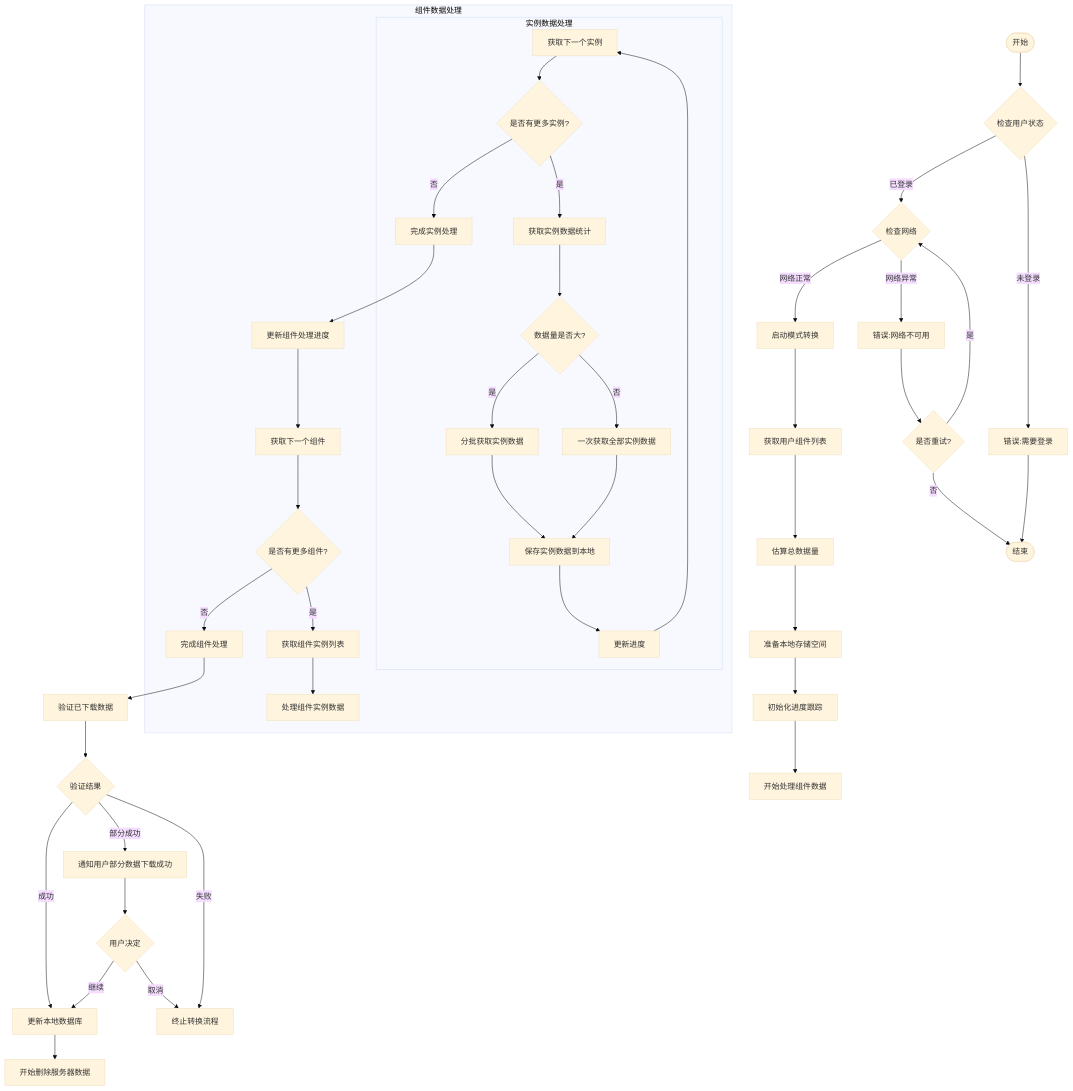
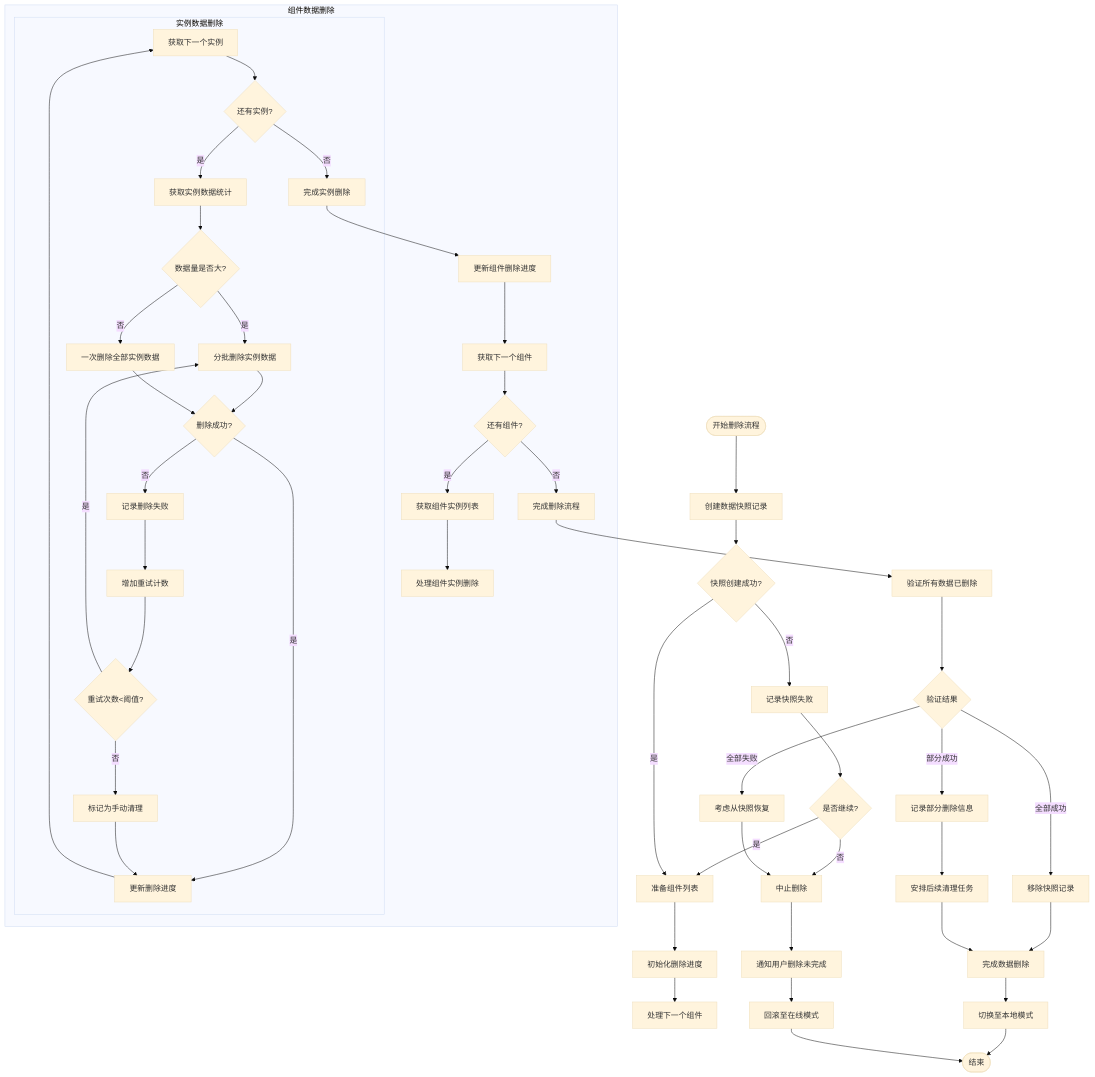
Before and after one commit to yingjianzh/iodraw-files: the diagram in all/未命名-49.md, drawn with Mermaid (base theme).

Commit message:
2025-05-07 17:45:49 update

````diff
--- a/all/未命名-49.md
+++ b/all/未命名-49.md
@@ -1,55 +1,65 @@
 ```mermaid
 flowchart TD
-    Start([开始]) --> CheckStatus{检查用户状态}
-    CheckStatus -->|已登录| CheckNetwork{检查网络}
-    CheckStatus -->|未登录| Error1[错误:需要登录]
-    Error1 --> End([结束])
+    Start([开始删除流程]) --> CreateSnapshot[创建数据快照记录]
+    CreateSnapshot --> CheckSnapshot{快照创建成功?}
     
-    CheckNetwork -->|网络正常| StartTransition[启动模式转换]
-    CheckNetwork -->|网络异常| Error2[错误:网络不可用]
-    Error2 --> RetryCheck{是否重试?}
-    RetryCheck -->|是| CheckNetwork
-    RetryCheck -->|否| End
+    CheckSnapshot -->|否| LogSnapshotFail[记录快照失败]
+    LogSnapshotFail --> AskContinue{是否继续?}
+    AskContinue -->|否| AbortDeletion[中止删除]
+    AskContinue -->|是| PrepareComponentList[准备组件列表]
     
-    StartTransition --> GetComponentList[获取用户组件列表]
-    GetComponentList --> EstimateDataSize[估算总数据量]
-    EstimateDataSize --> PrepareLocalStorage[准备本地存储空间]
-    PrepareLocalStorage --> InitializeProgress[初始化进度跟踪]
+    CheckSnapshot -->|是| PrepareComponentList
     
-    InitializeProgress --> ProcessComponents[开始处理组件数据]
+    PrepareComponentList --> InitDeleteProgress[初始化删除进度]
+    InitDeleteProgress --> ProcessNextComponent[处理下一个组件]
     
-    subgraph ComponentProcessing [组件数据处理]
-        A[获取下一个组件] --> B{是否有更多组件?}
-        B -->|否| ExitComponentLoop[完成组件处理]
-        B -->|是| C[获取组件实例列表]
-        C --> D[处理组件实例数据]
+    subgraph ComponentDeletion [组件数据删除]
+        PC1[获取下一个组件] --> PC2{还有组件?}
+        PC2 -->|否| CompleteDeletion[完成删除流程]
+        PC2 -->|是| PC3[获取组件实例列表]
         
-        subgraph InstanceProcessing [实例数据处理]
-            D1[获取下一个实例] --> D2{是否有更多实例?}
-            D2 -->|否| D8[完成实例处理]
-            D2 -->|是| D3[获取实例数据统计]
-            D3 --> D4{数据量是否大?}
-            D4 -->|是| D5[分批获取实例数据]
-            D4 -->|否| D6[一次获取全部实例数据]
-            D5 --> D7[保存实例数据到本地]
-            D6 --> D7
-            D7 --> D9[更新进度]
-            D9 --> D1
+        PC3 --> PC4[处理组件实例删除]
+        
+        subgraph InstanceDeletion [实例数据删除]
+            ID1[获取下一个实例] --> ID2{还有实例?}
+            ID2 -->|否| ID8[完成实例删除]
+            ID2 -->|是| ID3[获取实例数据统计]
+            ID3 --> ID4{数据量是否大?}
+            ID4 -->|是| ID5[分批删除实例数据]
+            ID4 -->|否| ID6[一次删除全部实例数据]
+            ID5 --> ID7{删除成功?}
+            ID6 --> ID7
+            ID7 -->|是| ID9[更新删除进度]
+            ID7 -->|否| ID10[记录删除失败]
+            ID10 --> ID11[增加重试计数]
+            ID11 --> ID12{重试次数<阈值?}
+            ID12 -->|是| ID5
+            ID12 -->|否| ID13[标记为手动清理]
+            ID13 --> ID9
+            ID9 --> ID1
         end
         
-        D8 --> E[更新组件处理进度]
-        E --> A
+        ID8 --> PC5[更新组件删除进度]
+        PC5 --> PC1
     end
     
-    ExitComponentLoop --> ValidateDownloadedData[验证已下载数据]
-    ValidateDownloadedData --> ValidationResult{验证结果}
-    ValidationResult -->|成功| UpdateLocalDatabase[更新本地数据库]
-    ValidationResult -->|部分成功| NotifyPartial[通知用户部分数据下载成功]
-    ValidationResult -->|失败| AbortProcess[终止转换流程]
+    CompleteDeletion --> VerifyAllDeleted[验证所有数据已删除]
+    VerifyAllDeleted --> DeletionResult{验证结果}
     
-    NotifyPartial --> UserDecision{用户决定}
-    UserDecision -->|继续| UpdateLocalDatabase
-    UserDecision -->|取消| AbortProcess
+    DeletionResult -->|全部成功| RemoveSnapshot[移除快照记录]
+    DeletionResult -->|部分成功| LogPartialDeletion[记录部分删除信息]
+    DeletionResult -->|全部失败| RestoreFromSnapshot[考虑从快照恢复]
     
-    UpdateLocalDatabase --> StartDeletingServerData[开始删除服务器数据]
+    LogPartialDeletion --> ScheduleCleanup[安排后续清理任务]
+    RestoreFromSnapshot --> AbortDeletion
+    
+    RemoveSnapshot --> DeletionComplete[完成数据删除]
+    ScheduleCleanup --> DeletionComplete
+    
+    DeletionComplete --> SwitchToLocalMode[切换至本地模式]
+    SwitchToLocalMode --> End([结束])
+    
+    AbortDeletion --> NotifyUser[通知用户删除未完成]
+    NotifyUser --> RollbackToOnline[回滚至在线模式]
+    RollbackToOnline --> End
 ```
````
